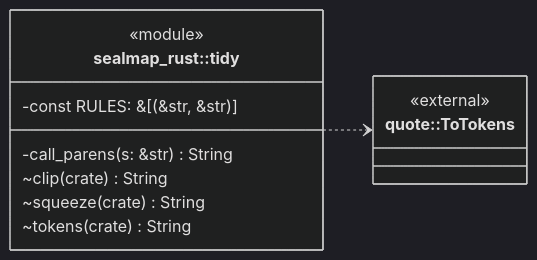
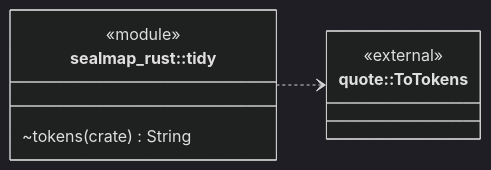
Before and after one commit to DreamLab-AI/codemaid: the first of 2 diagrams in docs/sealmap/crates/sealmap-rust/src/tidy.rs.md, drawn with Mermaid (dark theme). The commit also changed other lines of this file and 37 other files, not shown here.

````diff
--- a/docs/sealmap/crates/sealmap-rust/src/tidy.rs.md
+++ b/docs/sealmap/crates/sealmap-rust/src/tidy.rs.md
@@ -14,16 +14,12 @@
 ```mermaid
 classDiagram
   direction LR
   class sealmap_rust__tidy["sealmap_rust::tidy"] {
     <<module>>
-    -const RULES: &[#40;&str, &str#41;]
-    -call_parens(s: &str) String
-    ~clip(crate) String
-    ~squeeze(crate) String
     ~tokens(crate) String
   }
   class quote__ToTokens["quote::ToTokens"] {
     <<external>>
   }
   sealmap_rust__tidy ..> quote__ToTokens
 ```
````
